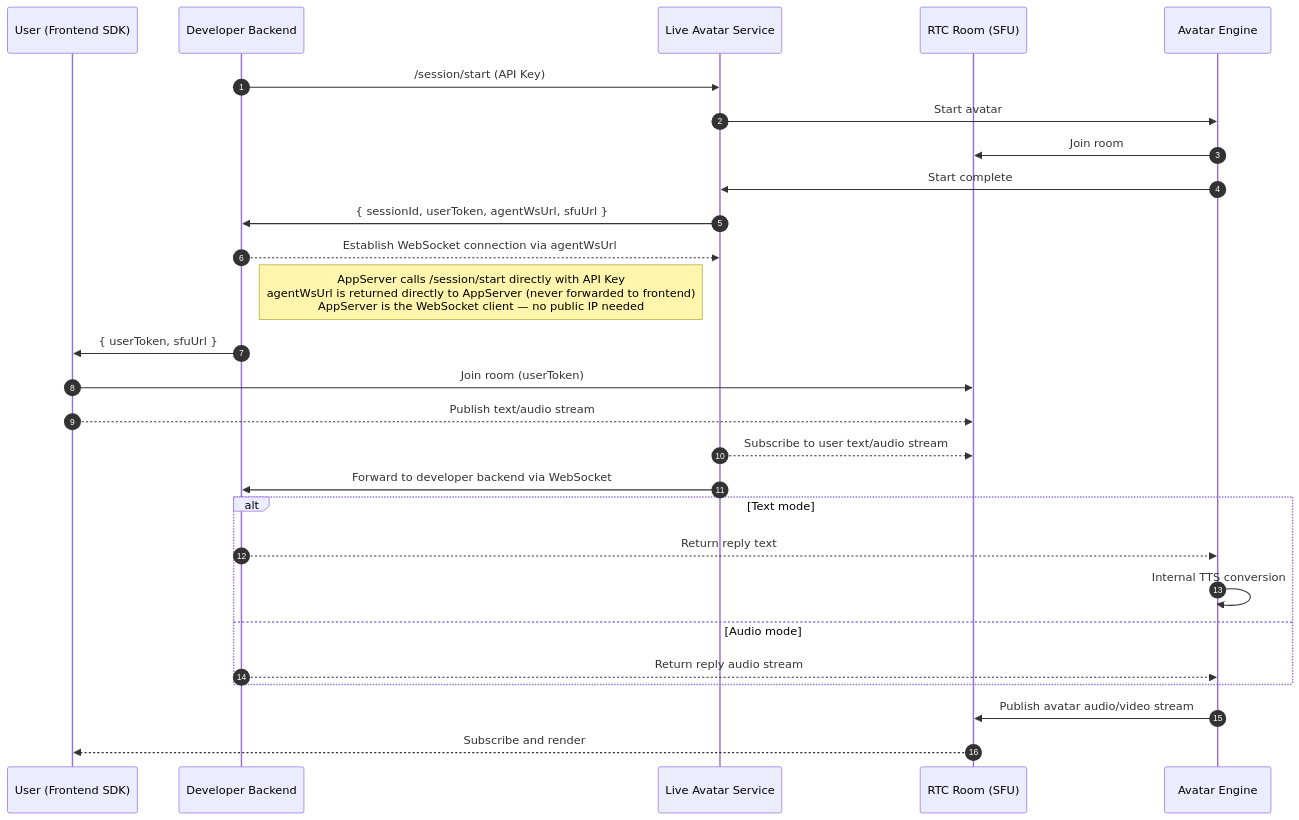
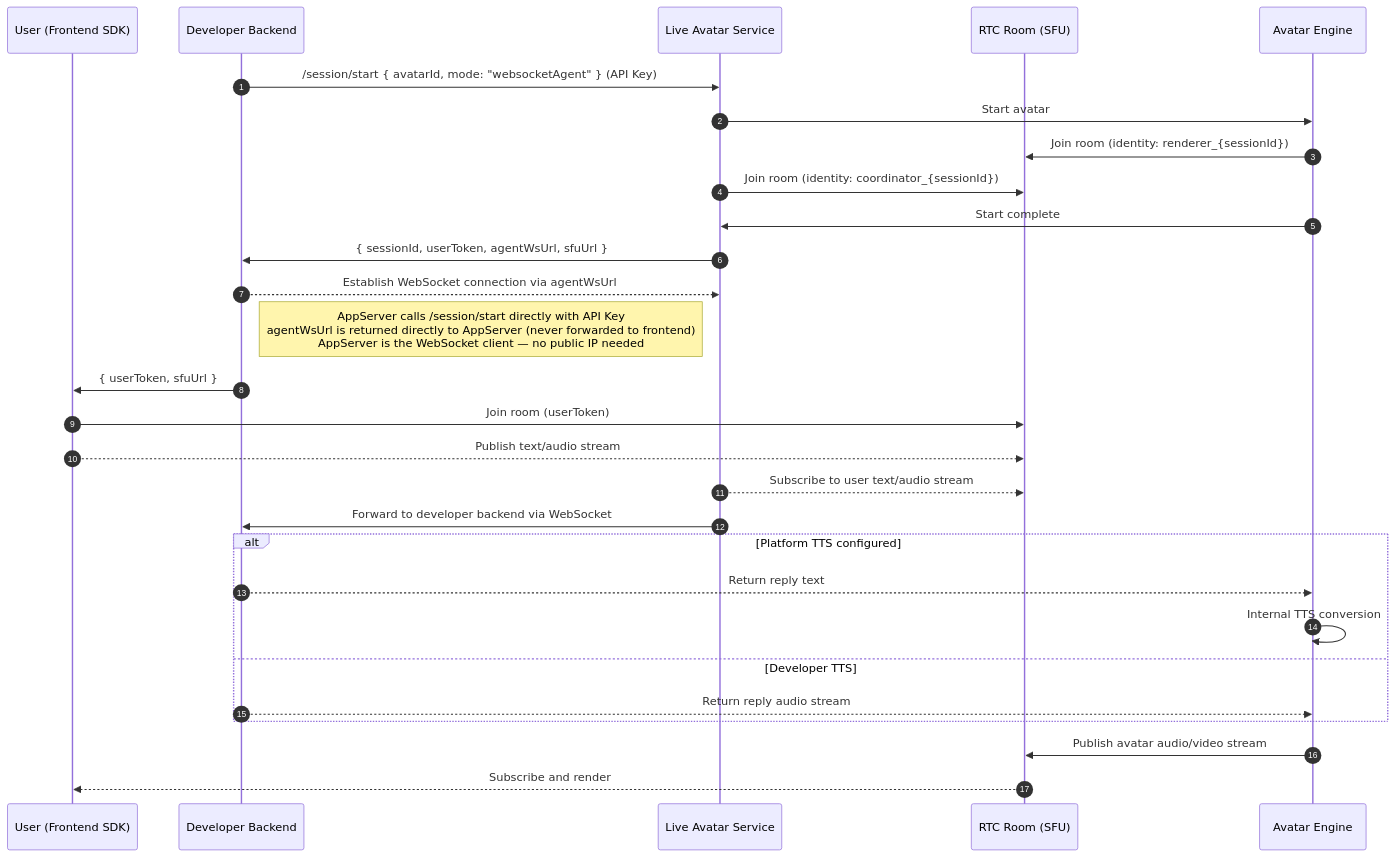
The first of 2 diagrams in PROTOCOL.md (newportAI-lab/liveavatar-channel-python), drawn with Mermaid before and after one commit. The commit also changed other lines of this file and 1 other file, not shown here.

````diff
--- a/PROTOCOL.md
+++ b/PROTOCOL.md
@@ -74,34 +78,35 @@
 ```mermaid
 sequenceDiagram
     autonumber
     participant User as User (Frontend SDK)
     participant AppServer as Developer Backend
     participant Platform as Live Avatar Service
     participant RTC as RTC Room (SFU)
     participant Avatar as Avatar Engine
 
-    AppServer->>Platform: /session/start (API Key)
+    AppServer->>Platform: /session/start { avatarId, mode: "websocketAgent" } (API Key)
     Platform->>Avatar: Start avatar
-    Avatar->>RTC: Join room
+    Avatar->>RTC: Join room (identity: renderer_{sessionId})
+    Platform->>RTC: Join room (identity: coordinator_{sessionId})
     Avatar->>Platform: Start complete
     Platform->>AppServer: { sessionId, userToken, agentWsUrl, sfuUrl }
     AppServer-->>Platform: Establish WebSocket connection via agentWsUrl
     Note right of AppServer: AppServer calls /session/start directly with API Key<br/>agentWsUrl is returned directly to AppServer (never forwarded to frontend)<br/>AppServer is the WebSocket client — no public IP needed
     AppServer->>User: { userToken, sfuUrl }
 
     User->>RTC: Join room (userToken)
     User-->>RTC: Publish text/audio stream
 
     Platform-->>RTC: Subscribe to user text/audio stream
     Platform->>AppServer: Forward to developer backend via WebSocket
 
-    alt Text mode
+    alt Platform TTS configured
         AppServer-->>Avatar: Return reply text
         Avatar->>Avatar: Internal TTS conversion
-    else Audio mode
+    else Developer TTS
         AppServer-->>Avatar: Return reply audio stream
     end
 
     Avatar->>RTC: Publish avatar audio/video stream
     RTC-->>User: Subscribe and render
 ```
````
